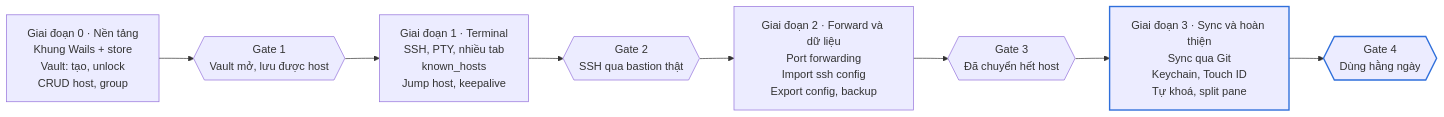
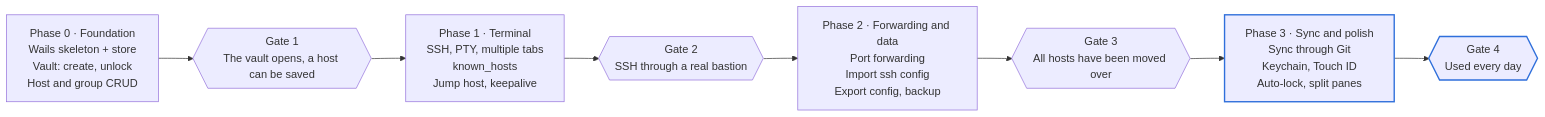
Before and after one commit to vunguyenvu35/vvterm: the third of 3 diagrams in docs/Architecture.md, drawn with Mermaid. The commit also changed other lines of this file, not shown here.

Commit message:
docs: translate the architecture design document into English

````diff
--- a/docs/Architecture.md
+++ b/docs/Architecture.md
@@ -365,15 +365,15 @@
 ```mermaid
 flowchart LR
-    P0["Giai đoạn 0 · Nền tảng<br/>Khung Wails + store<br/>Vault: tạo, unlock<br/>CRUD host, group"]
-    G1{{"Gate 1<br/>Vault mở, lưu được host"}}
-    P1["Giai đoạn 1 · Terminal<br/>SSH, PTY, nhiều tab<br/>known_hosts<br/>Jump host, keepalive"]
-    G2{{"Gate 2<br/>SSH qua bastion thật"}}
-    P2["Giai đoạn 2 · Forward và dữ liệu<br/>Port forwarding<br/>Import ssh config<br/>Export config, backup"]
-    G3{{"Gate 3<br/>Đã chuyển hết host"}}
-    P3["Giai đoạn 3 · Sync và hoàn thiện<br/>Sync qua Git<br/>Keychain, Touch ID<br/>Tự khoá, split pane"]:::final
-    G4{{"Gate 4<br/>Dùng hằng ngày"}}:::final
+    P0["Phase 0 · Foundation<br/>Wails skeleton + store<br/>Vault: create, unlock<br/>Host and group CRUD"]
+    G1{{"Gate 1<br/>The vault opens, a host can be saved"}}
+    P1["Phase 1 · Terminal<br/>SSH, PTY, multiple tabs<br/>known_hosts<br/>Jump host, keepalive"]
+    G2{{"Gate 2<br/>SSH through a real bastion"}}
+    P2["Phase 2 · Forwarding and data<br/>Port forwarding<br/>Import ssh config<br/>Export config, backup"]
+    G3{{"Gate 3<br/>All hosts have been moved over"}}
+    P3["Phase 3 · Sync and polish<br/>Sync through Git<br/>Keychain, Touch ID<br/>Auto-lock, split panes"]:::final
+    G4{{"Gate 4<br/>Used every day"}}:::final
 
     P0 --> G1 --> P1 --> G2 --> P2 --> G3 --> P3 --> G4
 
     classDef final stroke:#2f6fdb,stroke-width:2px;
 ```
````
